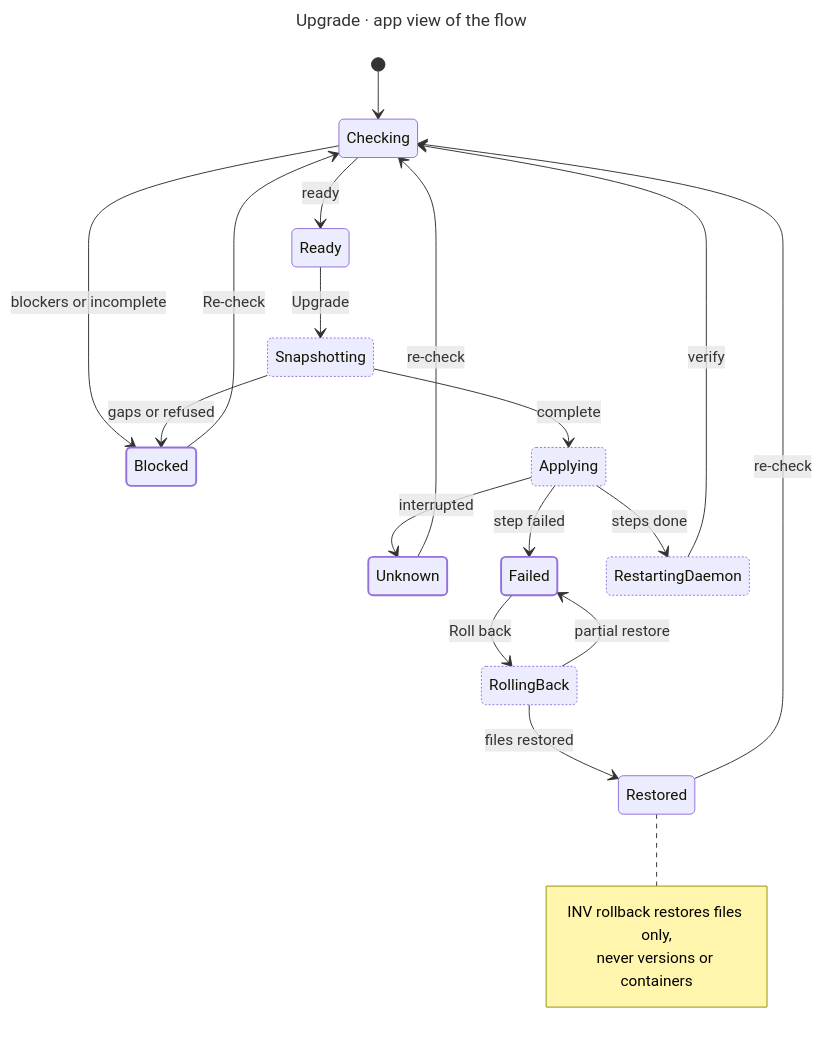
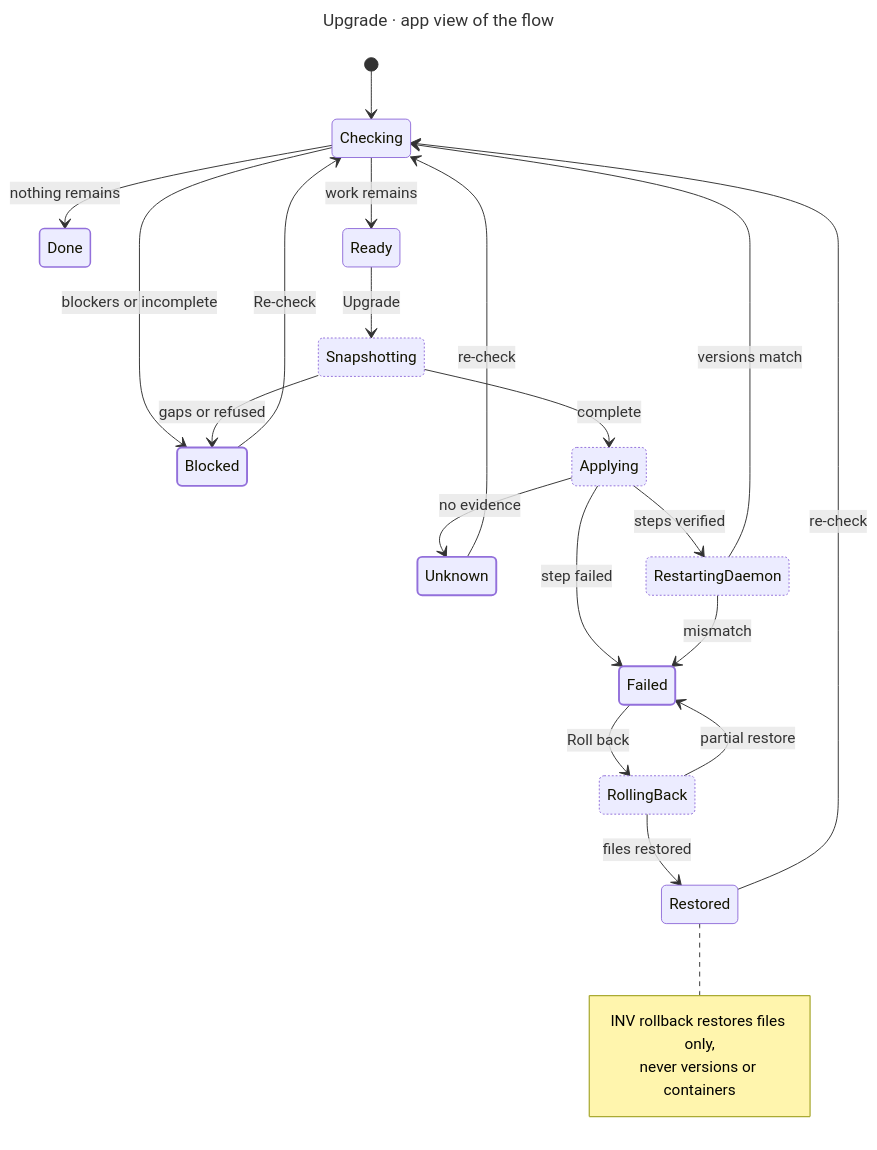
One commit to hack-dance/hack changed the diagram in apps/desktop/diagrams/upgrade.mmd. Above: the diagram before and after it, drawn with Mermaid. The commit also changed 6 other files, not shown here.

```diff
--- a/apps/desktop/diagrams/upgrade.mmd
+++ b/apps/desktop/diagrams/upgrade.mmd
@@ -1,29 +1,33 @@
 ---
 title: Upgrade · app view of the flow
 ---
 stateDiagram-v2
   direction TB
   [*] --> Checking
+  Checking --> Done : nothing remains
   Checking --> Blocked : blockers or incomplete
-  Checking --> Ready : ready
+  Checking --> Ready : work remains
   Blocked --> Checking : Re-check
   Ready --> Snapshotting : Upgrade
   Snapshotting --> Blocked : gaps or refused
   Snapshotting --> Applying : complete
-  Applying --> Unknown : interrupted
+  Applying --> Unknown : no evidence
   Applying --> Failed : step failed
-  Applying --> RestartingDaemon : steps done
-  RestartingDaemon --> Checking : verify
+  Applying --> RestartingDaemon : steps verified
+  RestartingDaemon --> Checking : versions match
+  RestartingDaemon --> Failed : mismatch
   Failed --> RollingBack : Roll back
   RollingBack --> Restored : files restored
   RollingBack --> Failed : partial restore
   Restored --> Checking : re-check
   Unknown --> Checking : re-check
   note right of Restored
     INV rollback restores files only,
     never versions or containers
   end note
+  classDef ok stroke-width:1.6px
   classDef wait stroke-dasharray:2 2
   classDef fail stroke-width:2px
+  class Done ok
   class Snapshotting,Applying,RestartingDaemon,RollingBack wait
   class Blocked,Failed,Unknown fail
```
